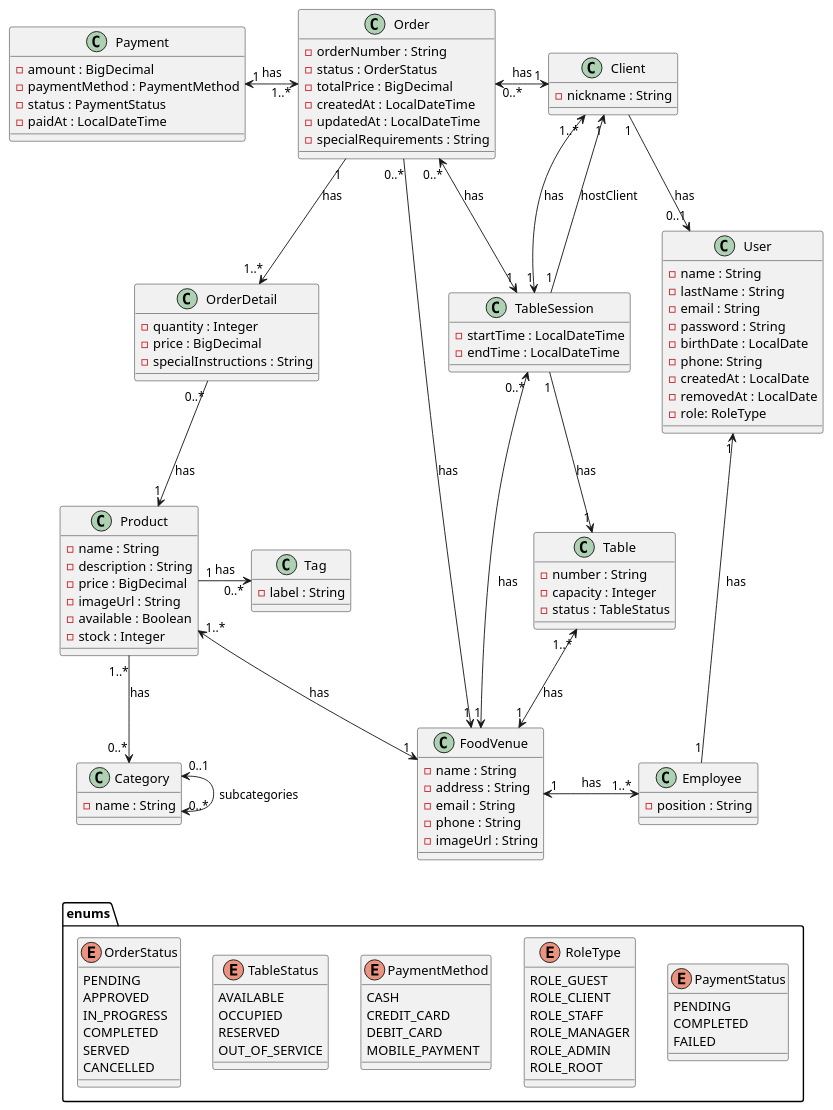
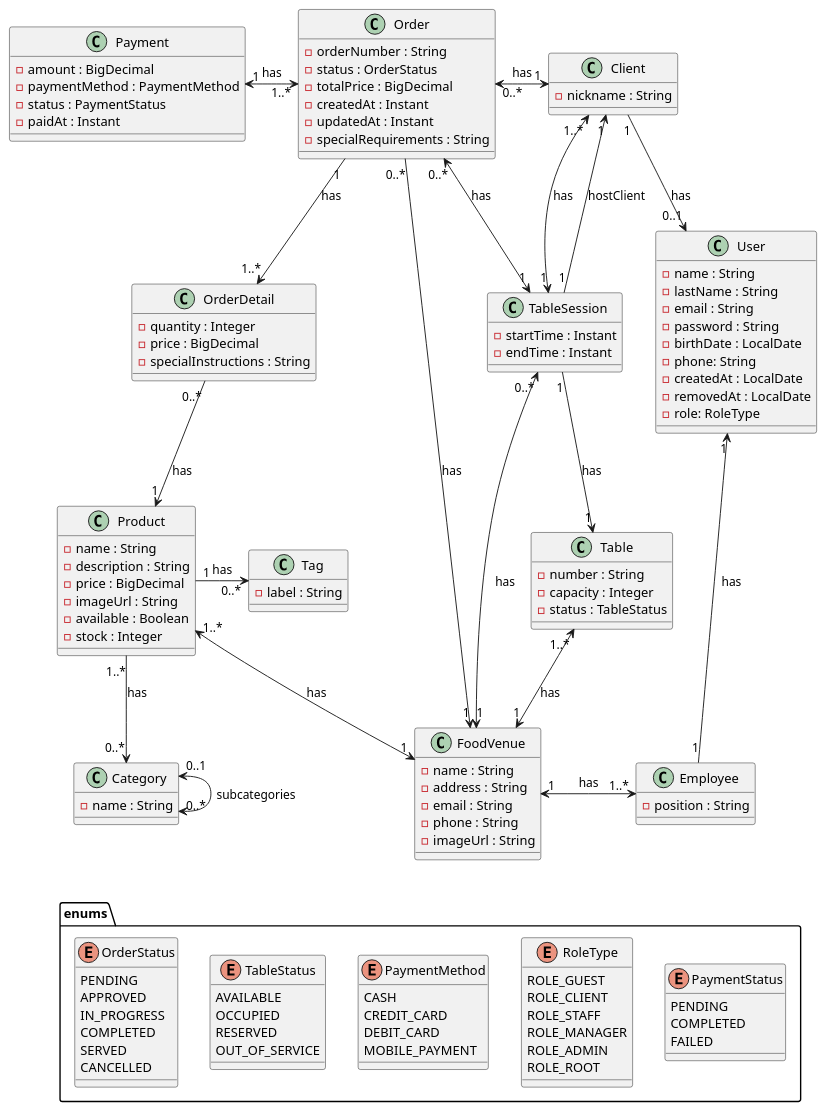
One commit to RodriLang/food-ordering-API changed the diagram in src/main/resources/diagrams/FoodVenues.puml. Above: the diagram before and after it, drawn with PlantUML. The commit also changed 69 other files, not shown here.

```diff
--- a/src/main/resources/diagrams/FoodVenues.puml
+++ b/src/main/resources/diagrams/FoodVenues.puml
@@ -1,157 +1,157 @@
 @startuml
 
 
 ' === Main entities ===
 
 class User {
     - name : String
     - lastName : String
     - email : String
     - password : String
     - birthDate : LocalDate
     - phone: String
     - createdAt : LocalDate
     - removedAt : LocalDate
     - role: RoleType
 }
 
 class Client {
     - nickname : String
 }
 
 class Employee {
     - position : String
 }
 
 class FoodVenue {
     - name : String
     - address : String
     - email : String
     - phone : String
     - imageUrl : String
 }
 
 class Table {
     - number : String
     - capacity : Integer
     - status : TableStatus
 }
 
 class TableSession {
-    - startTime : LocalDateTime
-    - endTime : LocalDateTime
+    - startTime : Instant
+    - endTime : Instant
 }
 
 
 
 class Product {
     - name : String
     - description : String
     - price : BigDecimal
     - imageUrl : String
     - available : Boolean
     - stock : Integer
 }
 
 class Category {
     - name : String
 }
 
 class Tag {
     - label : String
 }
 
 class Order {
     - orderNumber : String
     - status : OrderStatus
     - totalPrice : BigDecimal
-    - createdAt : LocalDateTime
-    - updatedAt : LocalDateTime
+    - createdAt : Instant
+    - updatedAt : Instant
     - specialRequirements : String
 }
 
 class OrderDetail {
     -quantity : Integer
     -price : BigDecimal
     -specialInstructions : String
 }
 
 class Payment {
     - amount : BigDecimal
     - paymentMethod : PaymentMethod
     - status : PaymentStatus
-    - paidAt : LocalDateTime
+    - paidAt : Instant
 }
 
 
 ' === Enums ===
 package enums {
     enum TableStatus {
         AVAILABLE
         OCCUPIED
         RESERVED
         OUT_OF_SERVICE
     }
 
     enum RoleType {
         ROLE_GUEST
         ROLE_CLIENT
         ROLE_STAFF
         ROLE_MANAGER
         ROLE_ADMIN
         ROLE_ROOT
     }
 
     enum OrderStatus {
         PENDING
         APPROVED
         IN_PROGRESS
         COMPLETED
         SERVED
         CANCELLED
     }
 
     enum PaymentStatus {
         PENDING
         COMPLETED
         FAILED
     }
 
     enum PaymentMethod {
       CASH
       CREDIT_CARD
       DEBIT_CARD
       MOBILE_PAYMENT
     }
 }
 
 ' === Relations ===
 FoodVenue "1" <-up-> "1..*" Table : has
 FoodVenue "1" <-up-> "0..*" TableSession : has
 FoodVenue "1" <-left-> "1..*" Product : has
 FoodVenue "1" <-left- "0..*" Order : has
 FoodVenue "1" <-right-> "1..*" Employee : has
 Product "1..*" -down-> "0..*" Category : has
 Product "1" -right-> "0..*" Tag : has
 TableSession "1" <-left-> "0..*" Order : has
 TableSession "1" <-up-> "1..*" Client : has
 TableSession "1" --> "1" Client : hostClient
 TableSession "1" -down-> "1" Table : has
 Payment "1" <-right-> "1..*" Order : has
 Client "1" <-left-> "0..* " Order : has
 Order "1" -down-> "1..*" OrderDetail : has
 OrderDetail "0..*" -down-> "1" Product : has
 Client "1" -down-> "0..1" User : has
 Employee "1" -up-> "1" User : has
 Category "0..1" <--> "0..*" Category : subcategories
 
 
 
 
 TableStatus -right[hidden]- PaymentMethod
 TableStatus -left[hidden]- OrderStatus
 PaymentMethod -right[hidden]- RoleType
 RoleType -right[hidden]- PaymentStatus
 OrderStatus -up[hidden]- Category
 
 @enduml
```
